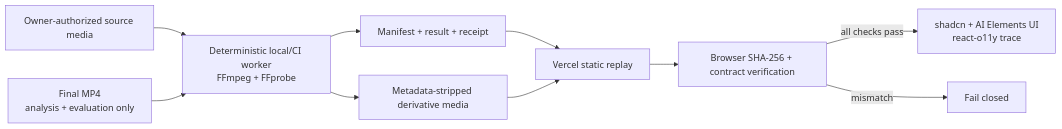
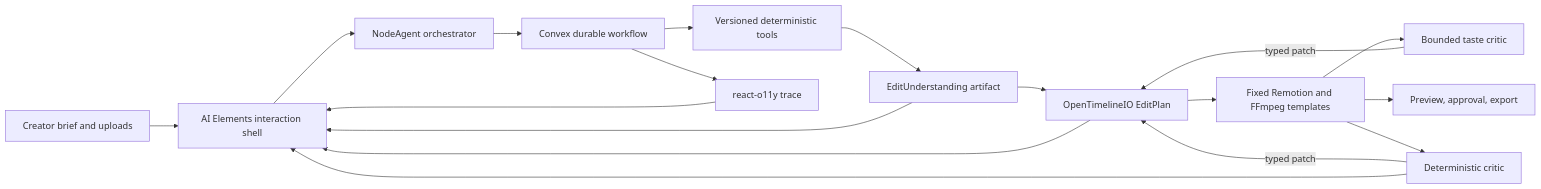
The first of 2 diagrams in docs/architecture.md (HomenShum/NodeVideo), drawn with Mermaid before and after one commit. The commit also changed other lines of this file and 65 other files, not shown here.

First line of the commit message:
NodeVideo V2: bounded audiovisual edit reconstruction (#4)

````diff
--- a/docs/architecture.md
+++ b/docs/architecture.md
@@ -10,12 +31,20 @@
 ```mermaid
 flowchart LR
-  OA["Owner-authorized source media"] --> W["Deterministic local/CI worker\nFFmpeg + FFprobe"]
-  T["Final MP4\nanalysis + evaluation only"] --> W
-  W --> P["Manifest + result + receipt"]
-  W --> M["Metadata-stripped derivative media"]
-  P --> V["Vercel static replay"]
-  M --> V
-  V --> B["Browser SHA-256 + contract verification"]
-  B -->|"all checks pass"| UI["shadcn + AI Elements UI\nreact-o11y trace"]
-  B -->|"mismatch"| F["Fail closed"]
+  U["Creator brief and uploads"] --> UI["AI Elements interaction shell"]
+  UI --> A["NodeAgent orchestrator"]
+  A --> W["Convex durable workflow"]
+  W --> T["Versioned deterministic tools"]
+  T --> EU["EditUnderstanding artifact"]
+  EU --> EP["OpenTimelineIO EditPlan"]
+  EP --> R["Fixed Remotion and FFmpeg templates"]
+  R --> CR["Deterministic critic"]
+  CR -->|"typed patch"| EP
+  R --> MM["Bounded taste critic"]
+  MM -->|"typed patch"| EP
+  R --> O["Preview, approval, export"]
+  W --> TR["react-o11y trace"]
+  EU --> UI
+  EP --> UI
+  CR --> UI
+  TR --> UI
 ```
````
